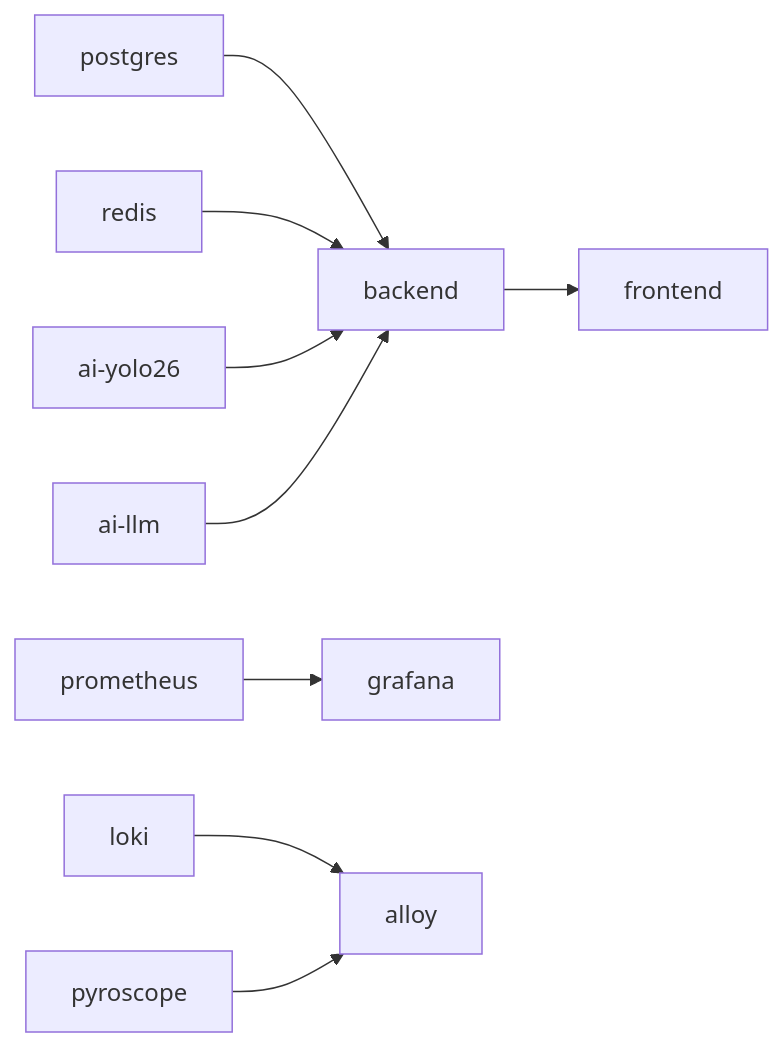
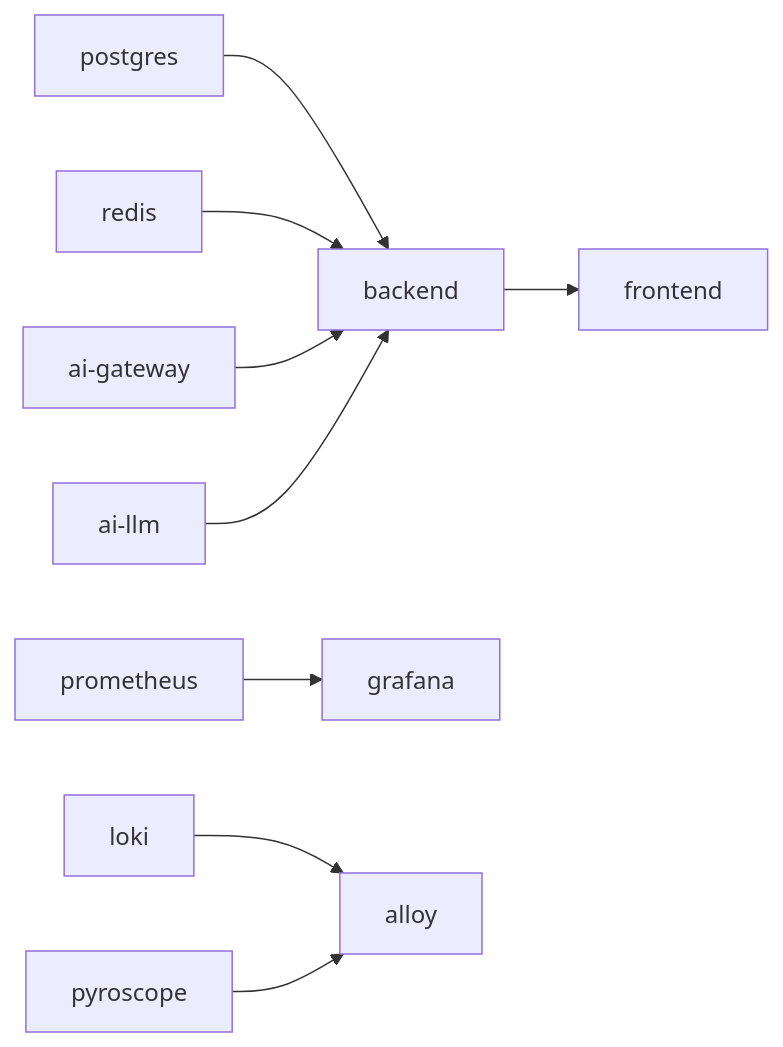
Before and after one commit to mikesvoboda/nemotron-v3-home-security-intelligence: the second of 2 diagrams in docs/architecture/system-overview/deployment-topology.md, drawn with Mermaid. The commit also changed other lines of this file and 313 other files, not shown here.

````diff
--- a/docs/architecture/system-overview/deployment-topology.md
+++ b/docs/architecture/system-overview/deployment-topology.md
@@ -290,11 +255,11 @@
 ```mermaid
 flowchart LR
     PG["postgres"] --> BE["backend"]
     RD["redis"] --> BE
-    DET["ai-yolo26"] --> BE
+    GW["ai-gateway"] --> BE
     LLM["ai-llm"] --> BE
     BE --> FE["frontend"]
     PROM["prometheus"] --> GRAF["grafana"]
     LOKI["loki"] --> ALLOY["alloy"]
     PYRO["pyroscope"] --> ALLOY
 ```
````
